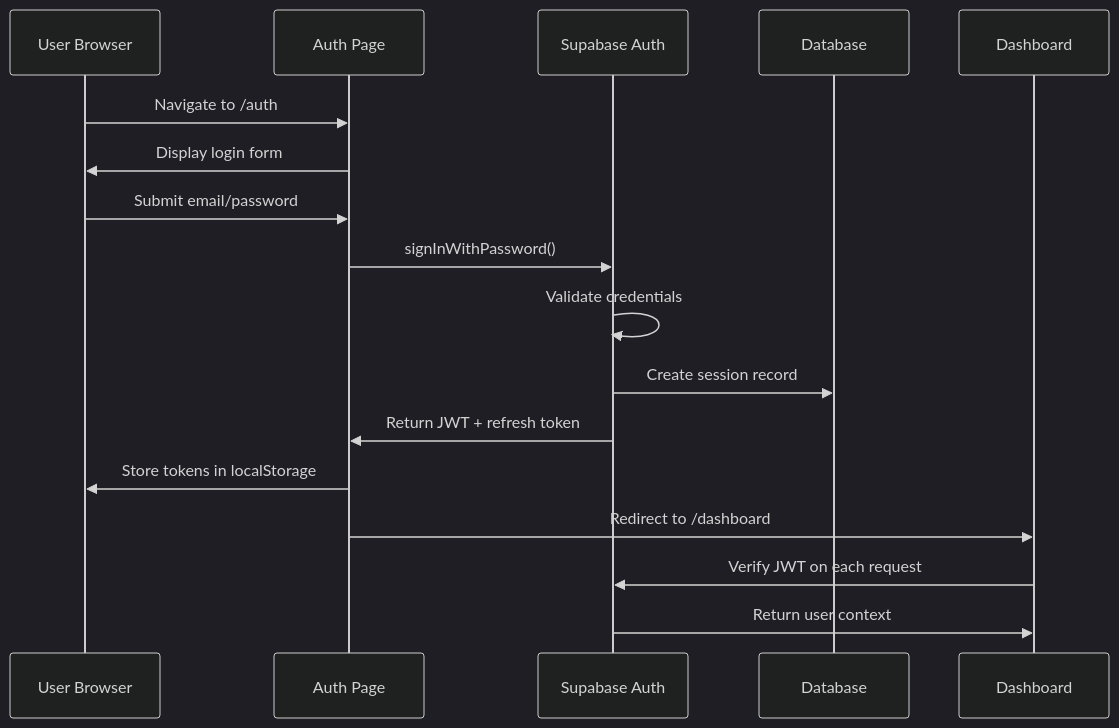
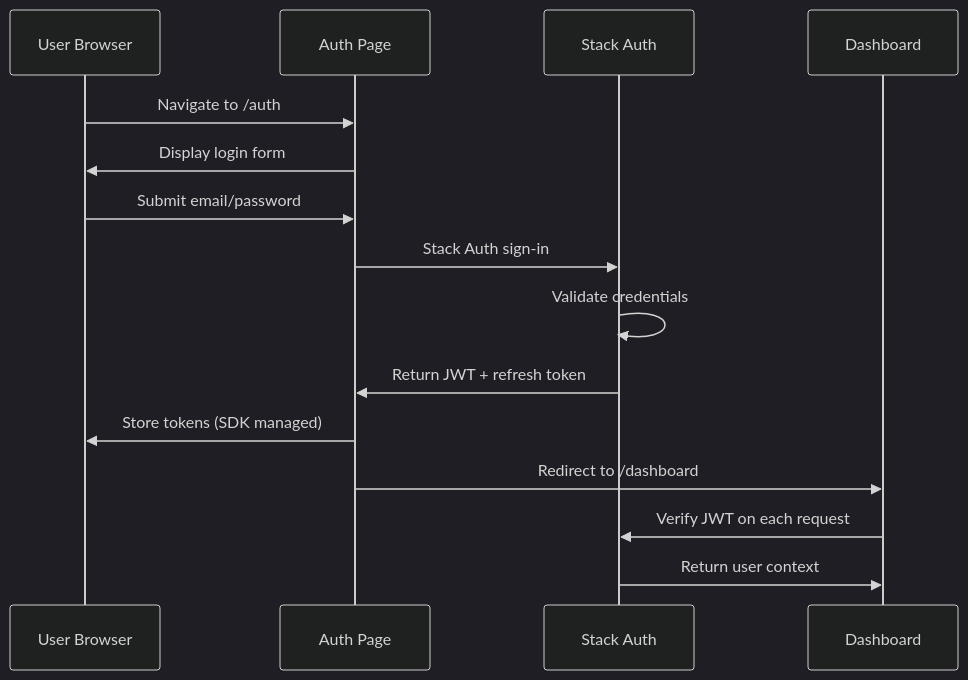
The first of 3 diagrams in docs/security/AUTH_MODEL.md (getdatasurge/fresh-staged), drawn with Mermaid (dark theme) before and after one commit. The commit also changed other lines of this file and 4 other files, not shown here.

First line of the commit message:
docs: sync documentation with Stack Auth migration, security fixes, and code splitting

````diff
--- a/docs/security/AUTH_MODEL.md
+++ b/docs/security/AUTH_MODEL.md
@@ -23,20 +23,18 @@
 ```mermaid
 sequenceDiagram
     participant U as User Browser
     participant A as Auth Page
-    participant SA as Supabase Auth
-    participant DB as Database
+    participant SA as Stack Auth
     participant D as Dashboard
 
     U->>A: Navigate to /auth
     A->>U: Display login form
     U->>A: Submit email/password
-    A->>SA: signInWithPassword()
+    A->>SA: Stack Auth sign-in
     SA->>SA: Validate credentials
-    SA->>DB: Create session record
     SA->>A: Return JWT + refresh token
-    A->>U: Store tokens in localStorage
+    A->>U: Store tokens (SDK managed)
     A->>D: Redirect to /dashboard
     D->>SA: Verify JWT on each request
     SA->>D: Return user context
 ```
````
